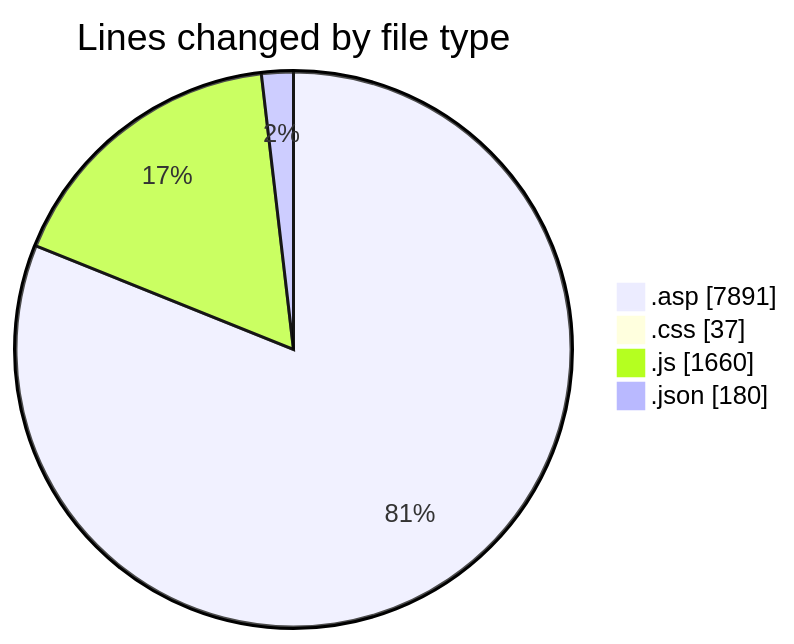
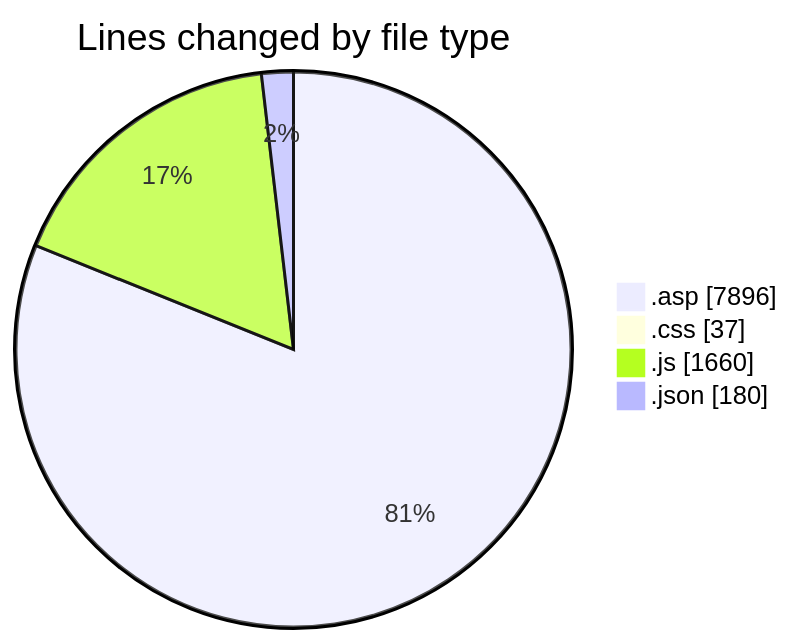
One commit to julien-gomy/code-tracking changed the first of 2 diagrams in 2025-11-02/cdp_aleoudev_fr__workspace_/README.md. Above: the diagram before and after it, drawn with Mermaid. The commit also changed other lines of this file and 1 other file, not shown here.

````diff
--- a/2025-11-02/cdp_aleoudev_fr__workspace_/README.md
+++ b/2025-11-02/cdp_aleoudev_fr__workspace_/README.md
@@ -28,8 +28,8 @@
 ```mermaid
 pie showData
 title Lines changed by file type
-".asp" : 7891
+".asp" : 7896
 ".css" : 37
 ".js" : 1660
 ".json" : 180
 ```
````
